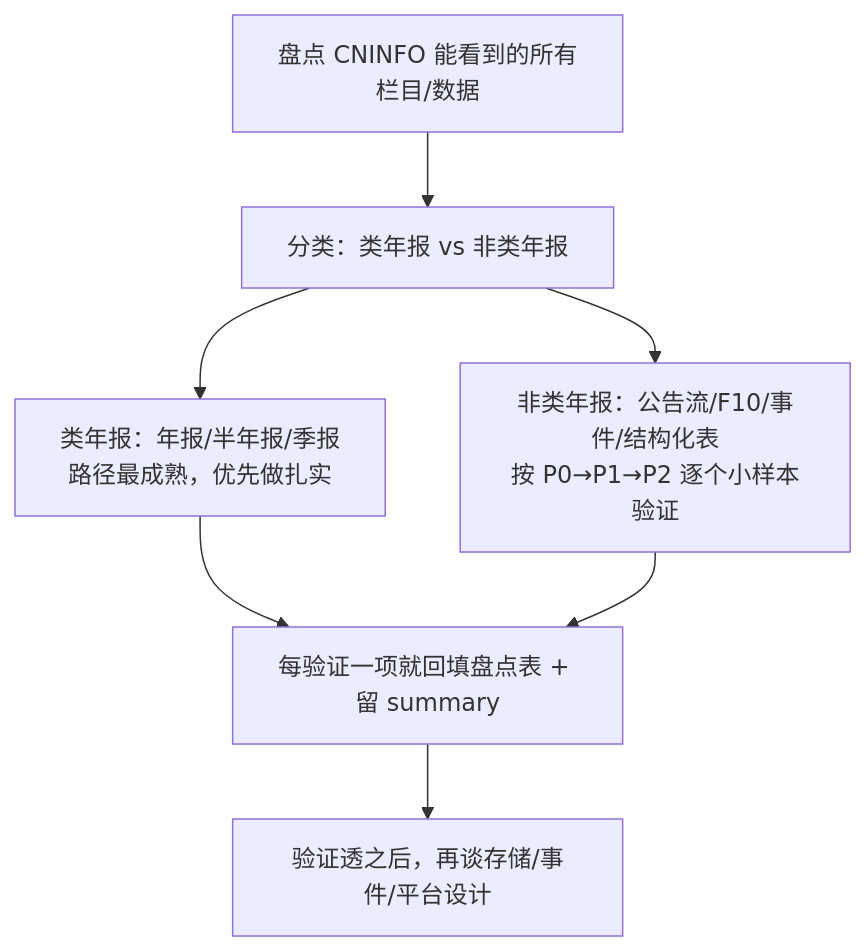
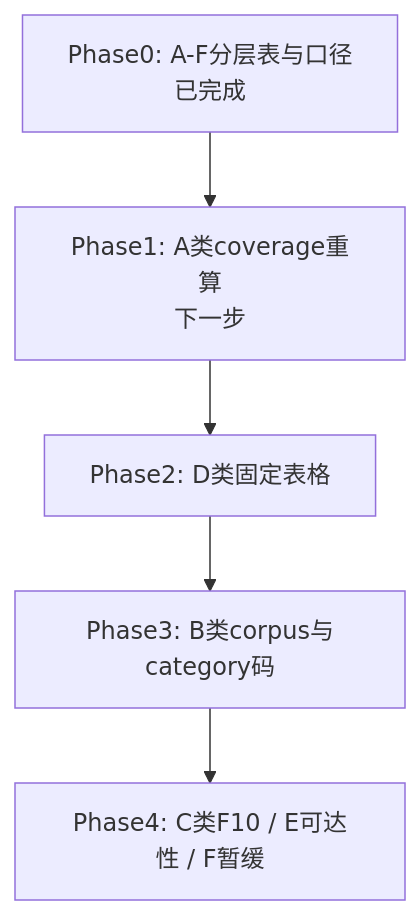
The diagram in CURRENT_STATUS.md (reagan-nz/listed-company-data-platform), drawn with Mermaid before and after one commit. The commit also changed other lines of this file and 3 other files, not shown here.

````diff
--- a/CURRENT_STATUS.md
+++ b/CURRENT_STATUS.md
@@ -23,9 +28,7 @@
 ```mermaid
 flowchart TD
-    A[盘点 CNINFO 能看到的所有栏目/数据] --> B[分类：类年报 vs 非类年报]
-    B --> C[类年报：年报/半年报/季报<br/>路径最成熟，优先做扎实]
-    B --> D[非类年报：公告流/F10/事件/结构化表<br/>按 P0→P1→P2 逐个小样本验证]
-    C --> E[每验证一项就回填盘点表 + 留 summary]
-    D --> E
-    E --> F[验证透之后，再谈存储/事件/平台设计]
+    P0[Phase0: A-F分层表与口径<br/>已完成] --> P1[Phase1: A类coverage重算<br/>下一步]
+    P1 --> P2[Phase2: D类固定表格]
+    P2 --> P3[Phase3: B类corpus与category码]
+    P3 --> P4[Phase4: C类F10 / E可达性 / F暂缓]
 ```
````
